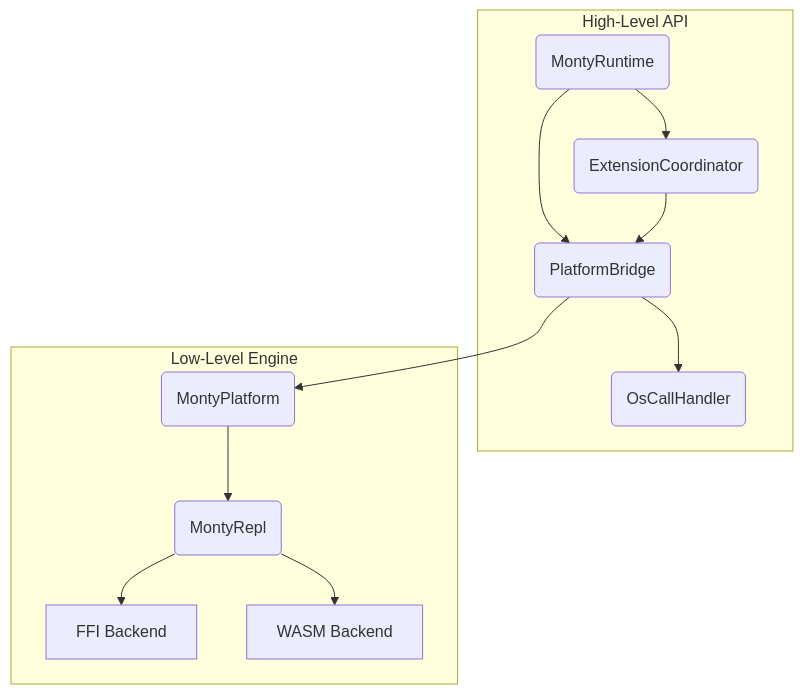
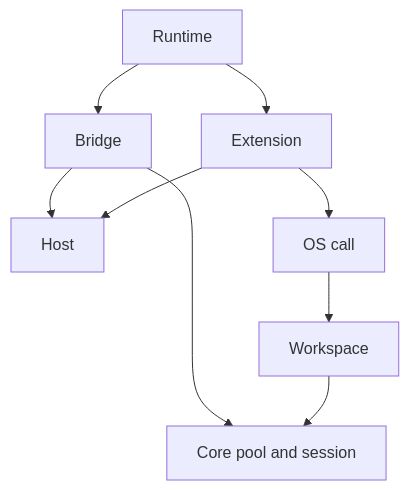
The second of 3 diagrams in docs/architecture/overview.md (runyaga/dart_monty), drawn with Mermaid before and after one commit. The commit also changed other lines of this file and 7 other files, not shown here.

First line of the commit message:
Fix stale architecture, internals and contributor docs (#503)

````diff
--- a/docs/architecture/overview.md
+++ b/docs/architecture/overview.md
@@ -46,22 +24,11 @@
 ```mermaid
 graph TD
-    subgraph dart_monty [High-Level API]
-        A(MontyRuntime)
-        B(ExtensionCoordinator)
-        C(PlatformBridge)
-        D(OsCallHandler)
-    end
-
-    subgraph dart_monty_core [Low-Level Engine]
-        E(MontyPlatform)
-        F(MontyRepl)
-        G[FFI Backend]
-        H[WASM Backend]
-    end
-
-    A --> B & C
-    B --> C
-    C --> D & E
-    E --> F
-    F --> G & H
+    A[Runtime] --> B[Bridge]
+    A --> C[Extension]
+    B --> D[Host]
+    C --> D
+    C --> E[OS call]
+    E --> F[Workspace]
+    B --> G[Core pool and session]
+    F --> G
 ```
````
